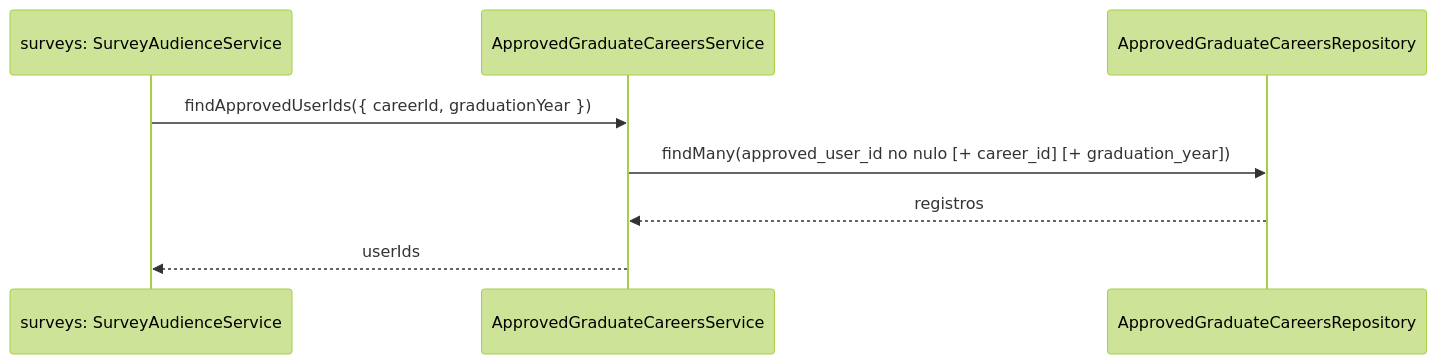
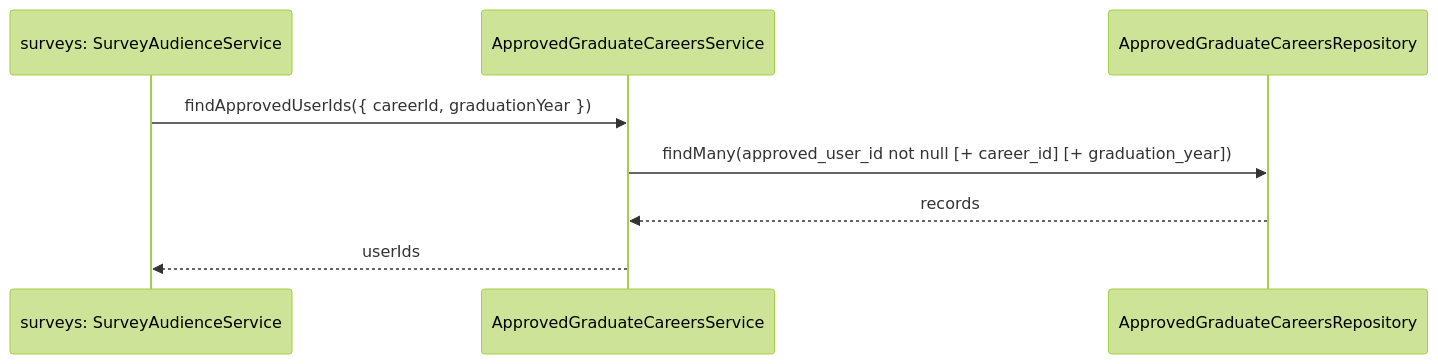
One commit to UMSSY/umssy-app changed the second of 2 diagrams in docs/access-requests/README.md. Above: the diagram before and after it, drawn with Mermaid (forest theme). The commit also changed other lines of this file and 8 other files, not shown here.

````diff
--- a/docs/access-requests/README.md
+++ b/docs/access-requests/README.md
@@ -26,10 +26,10 @@
 ```mermaid
 sequenceDiagram
   participant SA as surveys: SurveyAudienceService
   participant S as ApprovedGraduateCareersService
   participant R as ApprovedGraduateCareersRepository
   SA->>S: findApprovedUserIds({ careerId, graduationYear })
-  S->>R: findMany(approved_user_id no nulo [+ career_id] [+ graduation_year])
-  R-->>S: registros
+  S->>R: findMany(approved_user_id not null [+ career_id] [+ graduation_year])
+  R-->>S: records
   S-->>SA: userIds
 ```
````
